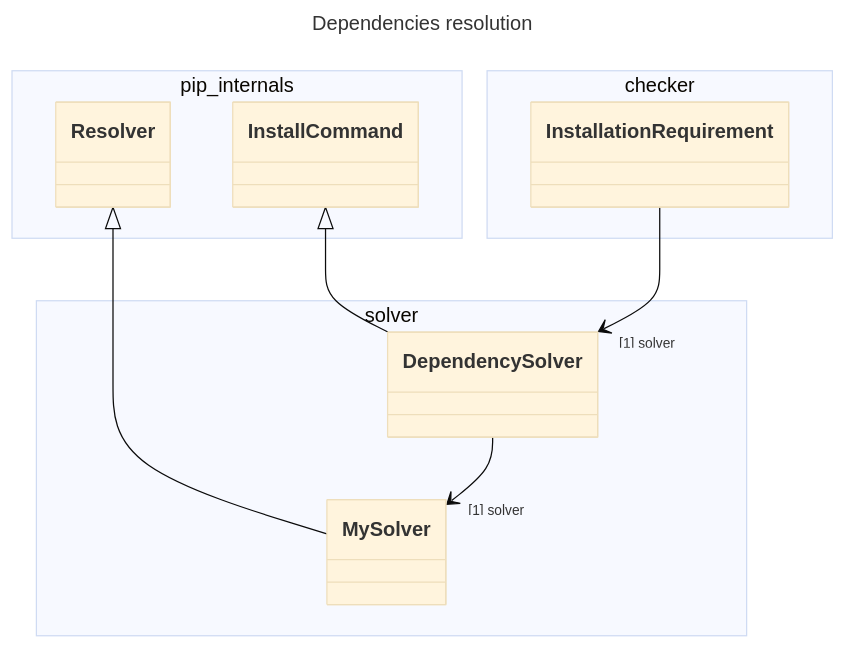
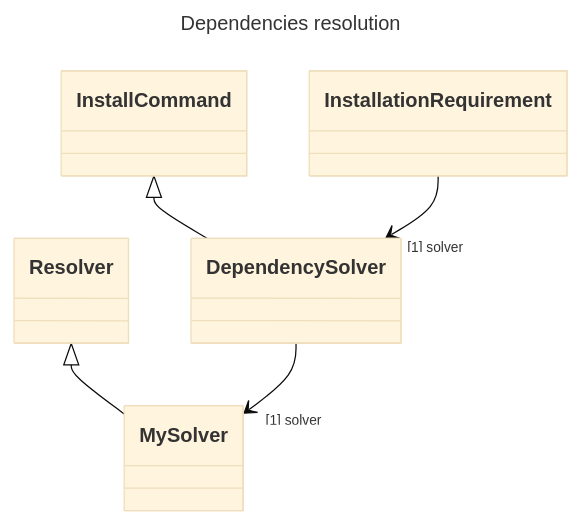
The third of 4 diagrams in docs/dev/architecture.md (chanzuckerberg/napari-hub-cli), drawn with Mermaid (base theme) before and after one commit. The commit also changed other lines of this file, not shown here.

Commit message:
Remove namespaces not supported by github mermaid

````diff
--- a/docs/dev/architecture.md
+++ b/docs/dev/architecture.md
@@ -236,31 +232,26 @@
 ```mermaid
 ---
 title: Dependencies resolution
 ---
 classDiagram
-    namespace checker {
         class InstallationRequirement {
 
         }
-    }
-    namespace pip_internals {
         class Resolver {
 
         }
         class InstallCommand {
 
         }
-    }
-    namespace solver {
         class MySolver {
 
         }
         class DependencySolver {
 
         }
-    }
+
     Resolver <|-- MySolver
     InstallCommand <|-- DependencySolver
     DependencySolver --> "[1] solver" MySolver
     InstallationRequirement --> "[1] solver" DependencySolver
 ```
````
